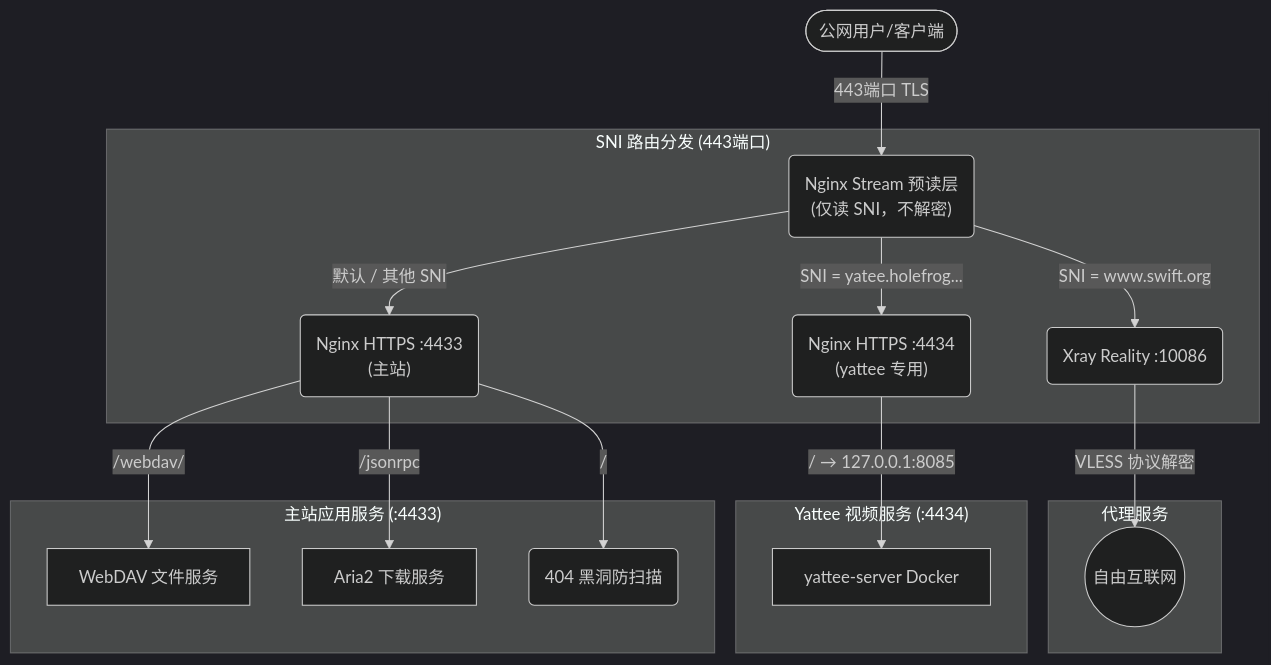
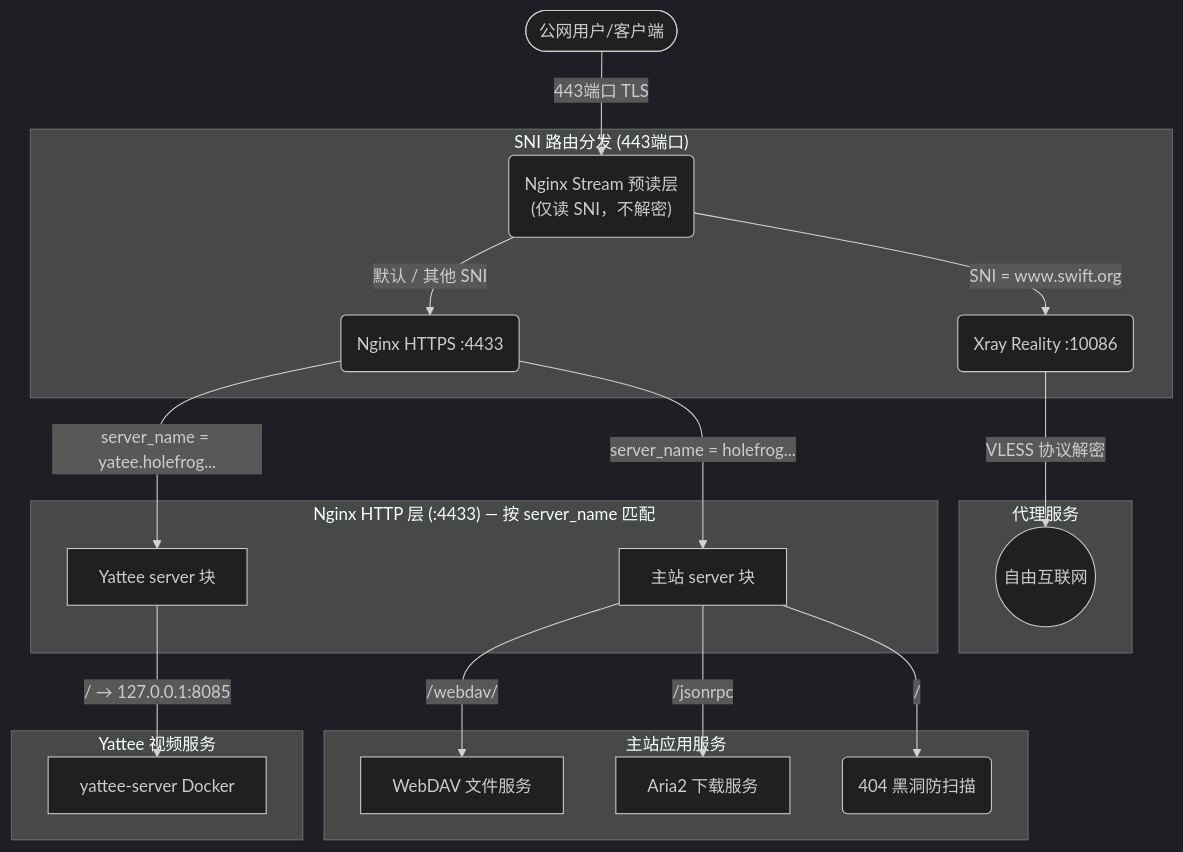
One commit to holefrog/Ansible_RackNerd changed the diagram in README.md. Above: the diagram before and after it, drawn with Mermaid (dark theme). The commit also changed other lines of this file, not shown here.

Commit message:
docs: update installation and configuration instructions in README

````diff
--- a/README.md
+++ b/README.md
@@ -21,24 +20,28 @@
 ```mermaid
 graph TD
     User(["公网用户/客户端"]) -->|"443端口 TLS"| Nginx_Stream("Nginx Stream 预读层<br/>(仅读 SNI，不解密)")
     
     subgraph sni_router ["SNI 路由分发 (443端口)"]
         Nginx_Stream -->|"SNI = www.swift.org"| Xray("Xray Reality :10086")
-        Nginx_Stream -->|"SNI = yatee.holefrog..."| Yattee_Nginx("Nginx HTTPS :4434<br/>(yattee 专用)")
-        Nginx_Stream -->|"默认 / 其他 SNI"| Main_Nginx("Nginx HTTPS :4433<br/>(主站)")
+        Nginx_Stream -->|"默认 / 其他 SNI"| Port_4433("Nginx HTTPS :4433")
     end
     
     subgraph proxy_service ["代理服务"]
         Xray -->|"VLESS 协议解密"| Target_Internet(("自由互联网"))
     end
     
-    subgraph yattee_service ["Yattee 视频服务 (:4434)"]
-        Yattee_Nginx -->|"/ → 127.0.0.1:8085"| Yattee_Docker["yattee-server Docker"]
+    subgraph http_layer ["Nginx HTTP 层 (:4433) — 按 server_name 匹配"]
+        Port_4433 -->|"server_name = holefrog..."| Main_Server["主站 server 块"]
+        Port_4433 -->|"server_name = yatee.holefrog..."| Yattee_Server["Yattee server 块"]
     end
 
-    subgraph app_service ["主站应用服务 (:4433)"]
-        Main_Nginx -->|"/webdav/"| WebDAV["WebDAV 文件服务"]
-        Main_Nginx -->|"/jsonrpc"| Aria2["Aria2 下载服务"]
-        Main_Nginx -->|"/"| Fallback("404 黑洞防扫描")
+    subgraph app_service ["主站应用服务"]
+        Main_Server -->|"/webdav/"| WebDAV["WebDAV 文件服务"]
+        Main_Server -->|"/jsonrpc"| Aria2["Aria2 下载服务"]
+        Main_Server -->|"/"| Fallback("404 黑洞防扫描")
+    end
+
+    subgraph yattee_service ["Yattee 视频服务"]
+        Yattee_Server -->|"/ → 127.0.0.1:8085"| Yattee_Docker["yattee-server Docker"]
     end
 ```
````
